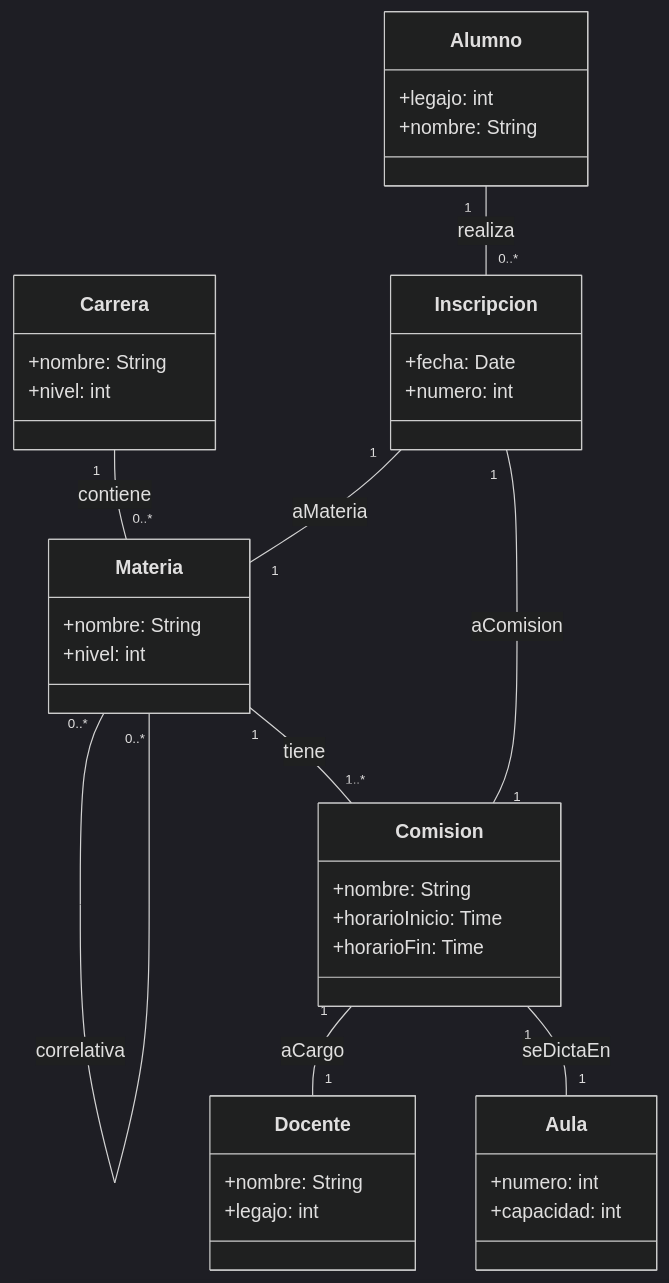
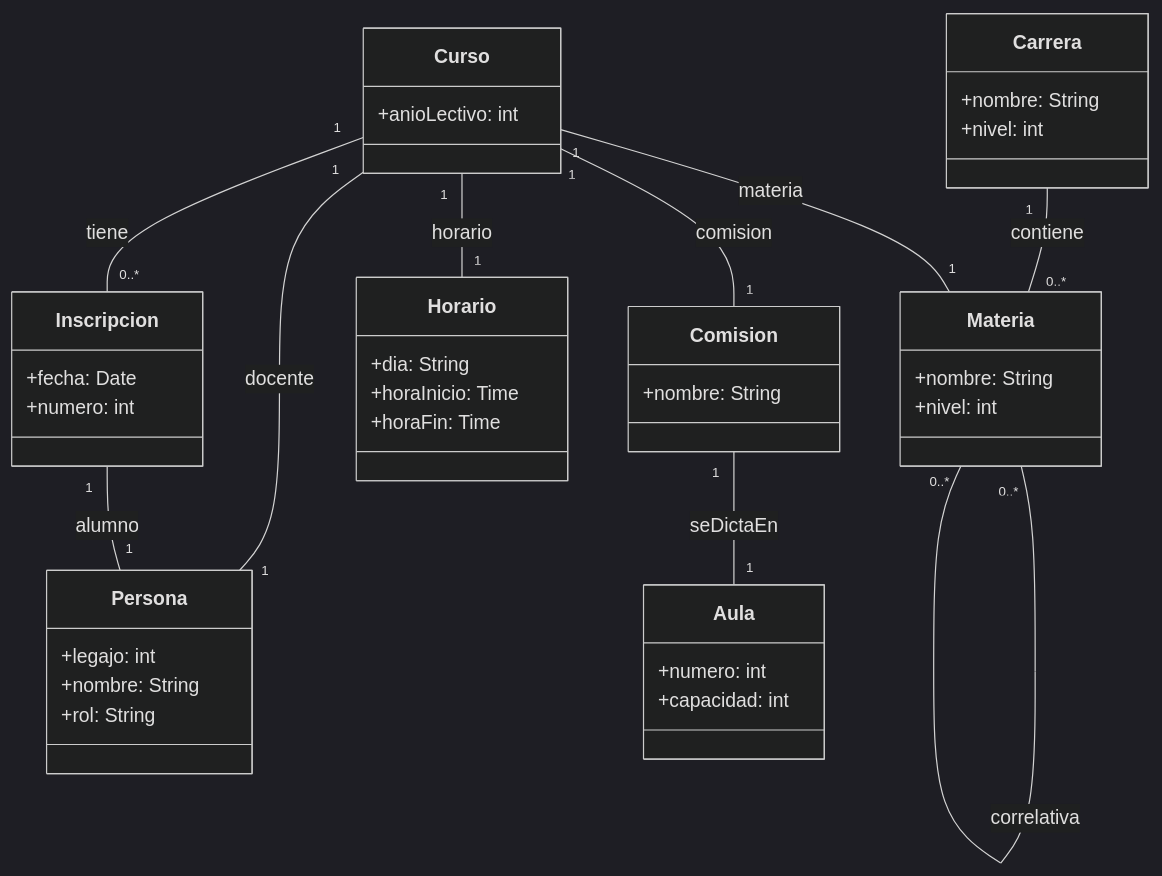
Before and after one commit to 100paleta/ParcialDisenio-intento1: the diagram in parcial1.md, drawn with Mermaid (dark theme).

````diff
--- a/parcial1.md
+++ b/parcial1.md
@@ -1,47 +1,54 @@
 ```mermaid
 classDiagram
 class Carrera {
   +nombre: String
   +nivel: int
 }
 
 class Materia {
   +nombre: String
   +nivel: int
 }
 
-class Alumno {
+class Persona {
   +legajo: int
   +nombre: String
-}
-
-class Comision {
-  +nombre: String
-  +horarioInicio: Time
-  +horarioFin: Time
+  +rol: String
 }
 
 class Aula {
   +numero: int
   +capacidad: int
 }
 
-class Docente {
+class Comision {
   +nombre: String
-  +legajo: int
+}
+
+class Curso {
+  +anioLectivo: int
+}
+
+class Horario {
+  +dia: String
+  +horaInicio: Time
+  +horaFin: Time
 }
 
 class Inscripcion {
   +fecha: Date
   +numero: int
 }
 
 Carrera "1" -- "0..*" Materia : contiene
 Materia "0..*" -- "0..*" Materia : correlativa
-Materia "1" -- "1..*" Comision : tiene
+
+Curso "1" -- "1" Materia : materia
+Curso "1" -- "1" Comision : comision
+Curso "1" -- "1" Horario : horario
+Curso "1" -- "0..*" Inscripcion : tiene
+Curso "1" -- "1" Persona : docente
+
 Comision "1" -- "1" Aula : seDictaEn
-Comision "1" -- "1" Docente : aCargo
-Alumno "1" -- "0..*" Inscripcion : realiza
-Inscripcion "1" -- "1" Comision : aComision
-Inscripcion "1" -- "1" Materia : aMateria
+Inscripcion "1" -- "1" Persona : alumno
 ```
````
